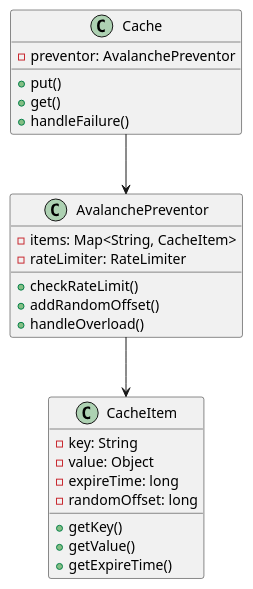
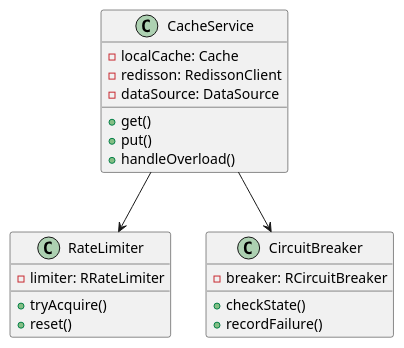
Before and after one commit to fine5351/info-sync: the second of 3 diagrams in doc/learning/architecture/cache_avalanche_tutorial.md, drawn with PlantUML. The commit also changed other lines of this file and 9 other files, not shown here.

````diff
--- a/doc/learning/architecture/cache_avalanche_tutorial.md
+++ b/doc/learning/architecture/cache_avalanche_tutorial.md
@@ -106,31 +106,27 @@
 ```plantuml
 @startuml
-class CacheItem {
-    - key: String
-    - value: Object
-    - expireTime: long
-    - randomOffset: long
-    + getKey()
-    + getValue()
-    + getExpireTime()
-}
-
-class AvalanchePreventor {
-    - items: Map<String, CacheItem>
-    - rateLimiter: RateLimiter
-    + checkRateLimit()
-    + addRandomOffset()
+class CacheService {
+    - localCache: Cache
+    - redisson: RedissonClient
+    - dataSource: DataSource
+    + get()
+    + put()
     + handleOverload()
 }
 
-class Cache {
-    - preventor: AvalanchePreventor
-    + put()
-    + get()
-    + handleFailure()
+class RateLimiter {
+    - limiter: RRateLimiter
+    + tryAcquire()
+    + reset()
 }
 
-Cache --> AvalanchePreventor
-AvalanchePreventor --> CacheItem
+class CircuitBreaker {
+    - breaker: RCircuitBreaker
+    + checkState()
+    + recordFailure()
+}
+
+CacheService --> RateLimiter
+CacheService --> CircuitBreaker
 @enduml
 ```
````
